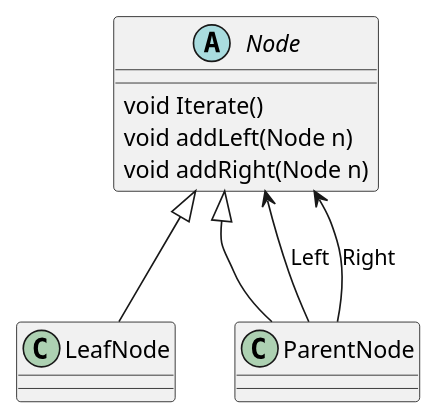
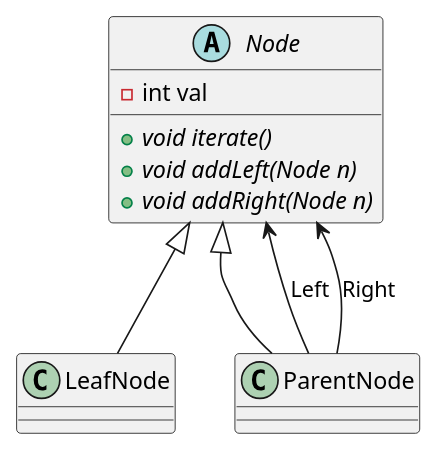
One commit to koha11/Software_Architecture_And_Design changed the diagram in src/structural/composite/binary_tree/binary_tree.puml. Above: the diagram before and after it, drawn with PlantUML. The commit also changed 26 other files, not shown here.

```diff
--- a/src/structural/composite/binary_tree/binary_tree.puml
+++ b/src/structural/composite/binary_tree/binary_tree.puml
@@ -1,22 +1,23 @@
 @startuml
 'https://plantuml.com/class-diagram
 
 abstract class Node {
-    void Iterate()
-    void addLeft(Node n)
-    void addRight(Node n)
+    - int val
+    + {abstract} void iterate()
+    + {abstract} void addLeft(Node n)
+    + {abstract} void addRight(Node n)
 }
 
 class LeafNode
 class ParentNode
 
 'nút lá ke thua giao diện nút
 Node <|-- LeafNode
 
 'nút trong ke thua thực thi giao diện nút
 Node <|-- ParentNode
 
 ParentNode --> Node: "Left"
 ParentNode --> Node: "Right"
 
 @enduml
```
